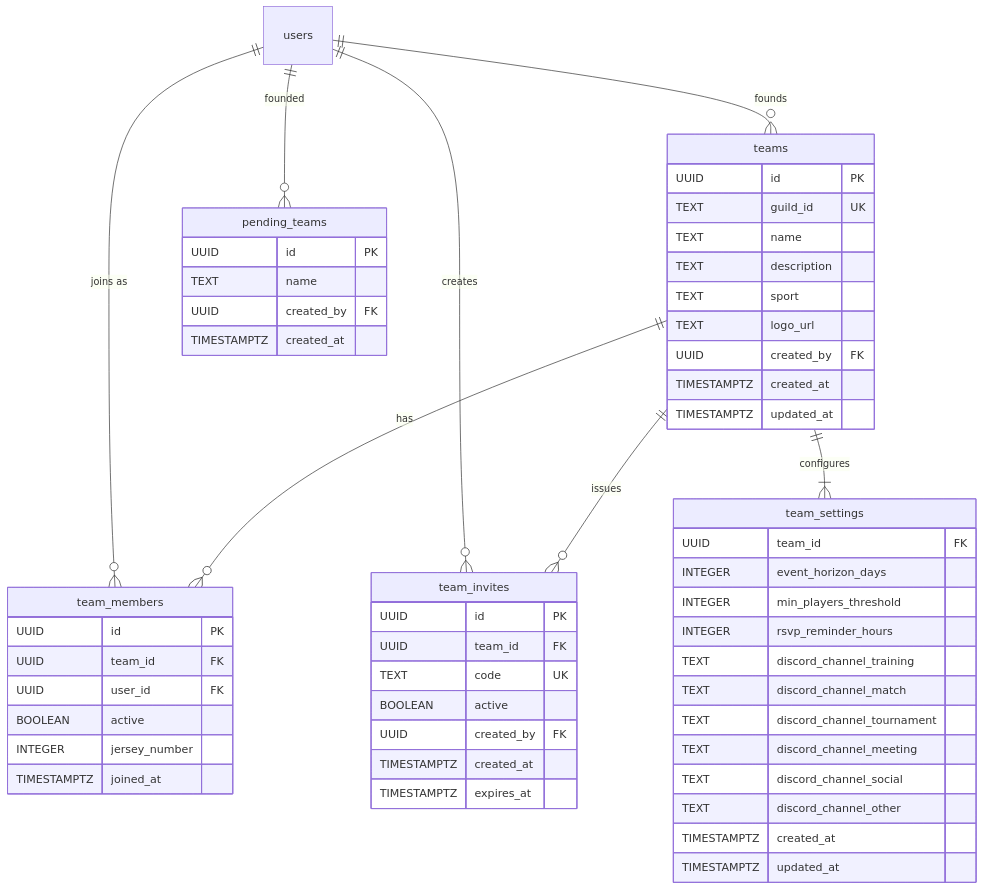
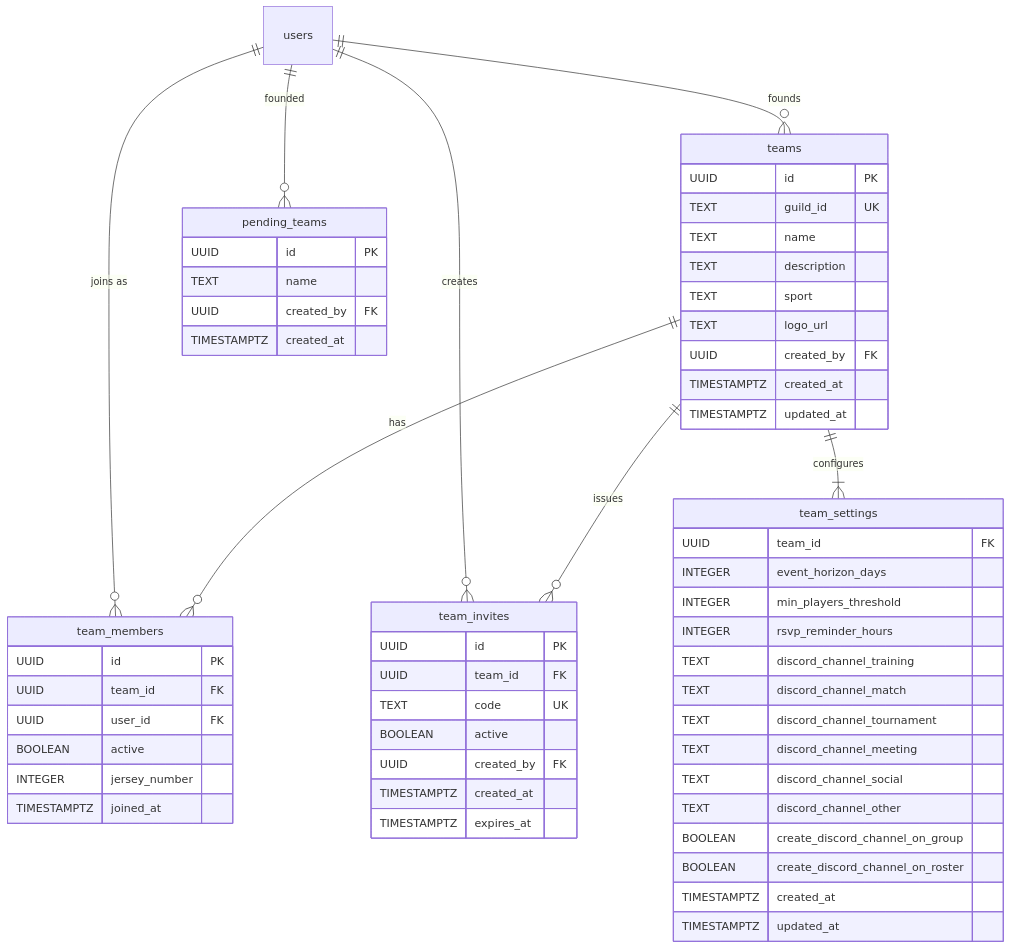
The third of 12 diagrams in docs/thesis/er-diagram.md (maxa-ondrej/sideline), drawn with Mermaid before and after one commit. The commit also changed other lines of this file and 56 other files, not shown here.

First line of the commit message:
Add discord channel linking to rosters (#146)

````diff
--- a/docs/thesis/er-diagram.md
+++ b/docs/thesis/er-diagram.md
@@ -143,63 +143,65 @@
 ```mermaid
 erDiagram
     teams {
         UUID id PK
         TEXT guild_id UK
         TEXT name
         TEXT description
         TEXT sport
         TEXT logo_url
         UUID created_by FK
         TIMESTAMPTZ created_at
         TIMESTAMPTZ updated_at
     }
 
     team_members {
         UUID id PK
         UUID team_id FK
         UUID user_id FK
         BOOLEAN active
         INTEGER jersey_number
         TIMESTAMPTZ joined_at
     }
 
     team_invites {
         UUID id PK
         UUID team_id FK
         TEXT code UK
         BOOLEAN active
         UUID created_by FK
         TIMESTAMPTZ created_at
         TIMESTAMPTZ expires_at
     }
 
     team_settings {
         UUID team_id FK
         INTEGER event_horizon_days
         INTEGER min_players_threshold
         INTEGER rsvp_reminder_hours
         TEXT discord_channel_training
         TEXT discord_channel_match
         TEXT discord_channel_tournament
         TEXT discord_channel_meeting
         TEXT discord_channel_social
         TEXT discord_channel_other
+        BOOLEAN create_discord_channel_on_group
+        BOOLEAN create_discord_channel_on_roster
         TIMESTAMPTZ created_at
         TIMESTAMPTZ updated_at
     }
 
     pending_teams {
         UUID id PK
         TEXT name
         UUID created_by FK
         TIMESTAMPTZ created_at
     }
 
     users ||--o{ teams : "founds"
     users ||--o{ team_members : "joins as"
     users ||--o{ team_invites : "creates"
     users ||--o{ pending_teams : "founded"
     teams ||--o{ team_members : "has"
     teams ||--o{ team_invites : "issues"
     teams ||--|{ team_settings : "configures"
 ```
````
